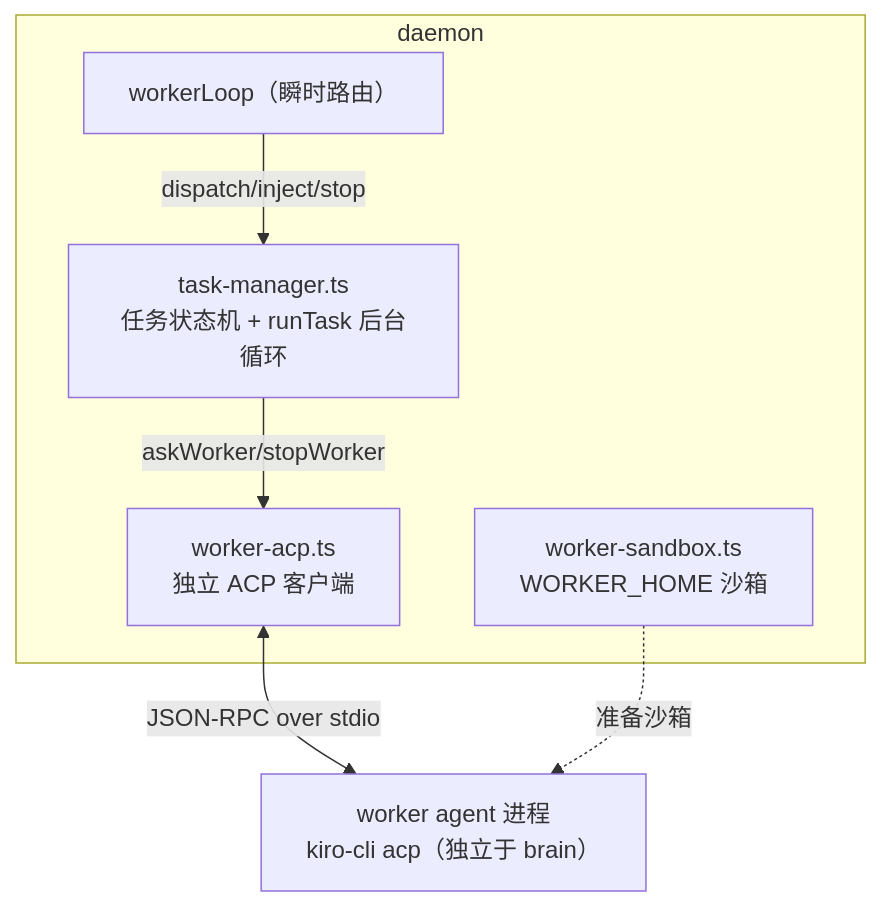
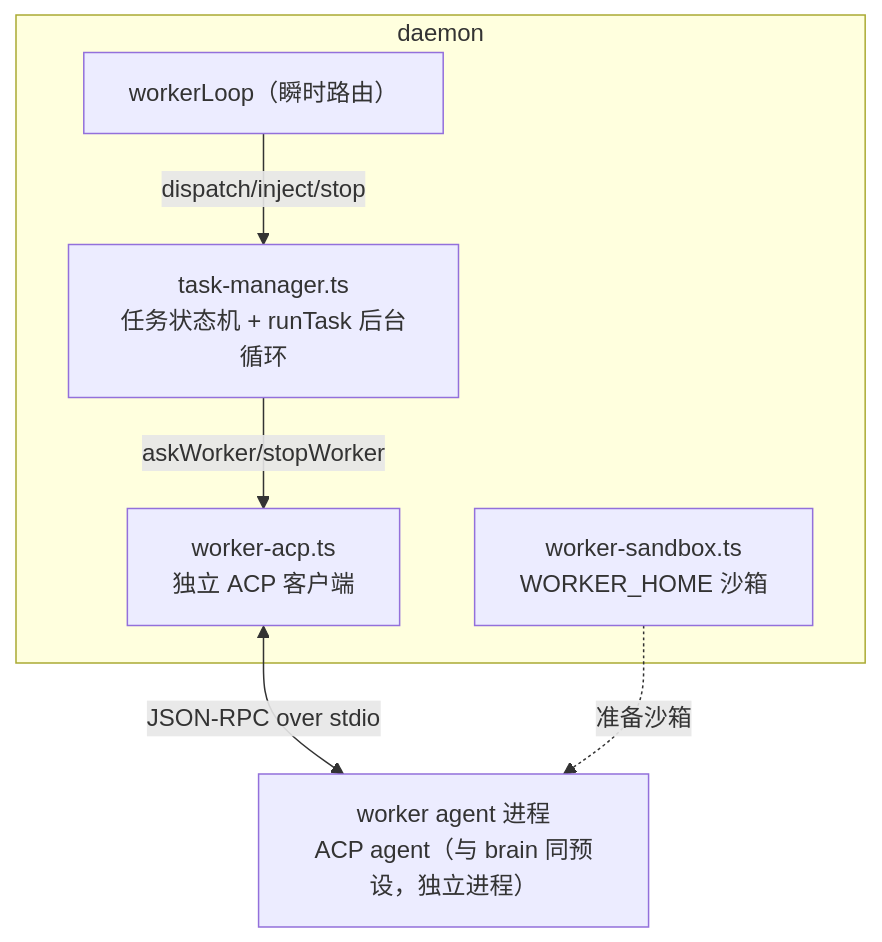
One commit to imwangpan/WeMind changed the first of 3 diagrams in docs/repowiki/07-远程任务-Worker.md. Above: the diagram before and after it, drawn with Mermaid. The commit also changed other lines of this file and 32 other files, not shown here.

````diff
--- a/docs/repowiki/07-远程任务-Worker.md
+++ b/docs/repowiki/07-远程任务-Worker.md
@@ -38,14 +40,14 @@
 ```mermaid
 graph TD
     subgraph daemon
         WL["workerLoop（瞬时路由）"]
         TM["task-manager.ts<br/>任务状态机 + runTask 后台循环"]
         WA["worker-acp.ts<br/>独立 ACP 客户端"]
         SB["worker-sandbox.ts<br/>WORKER_HOME 沙箱"]
     end
-    WP["worker agent 进程<br/>kiro-cli acp（独立于 brain）"]
+    WP["worker agent 进程<br/>ACP agent（与 brain 同预设，独立进程）"]
     WL -->|dispatch/inject/stop| TM
     TM -->|askWorker/stopWorker| WA
     WA <-->|JSON-RPC over stdio| WP
     SB -.准备沙箱.-> WP
 ```
````
